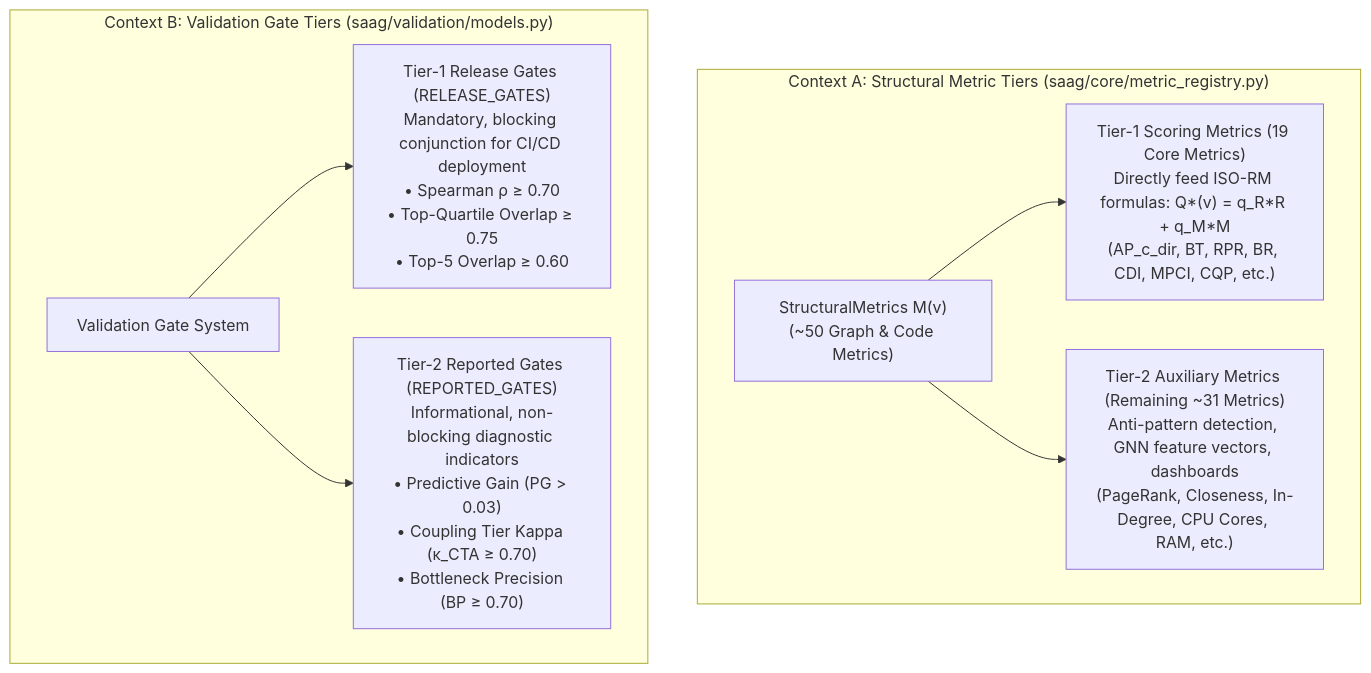
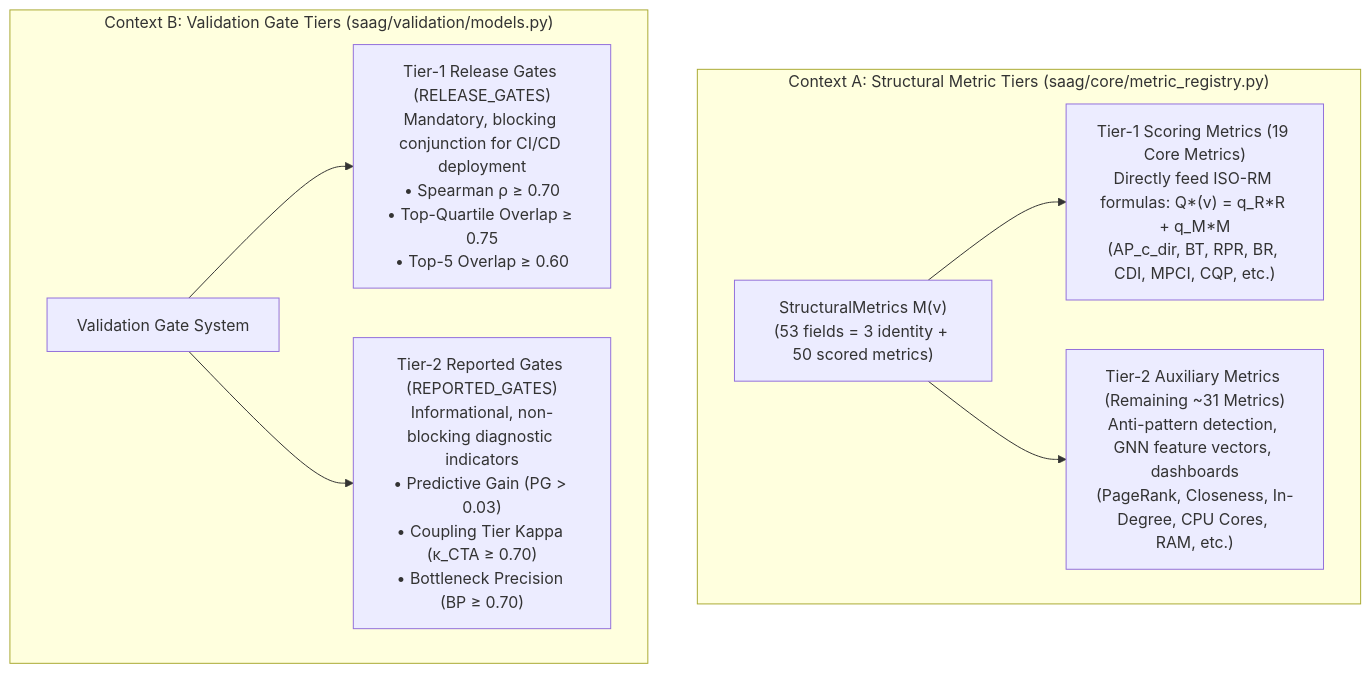
One commit to onuralpyigit/software-as-a-graph changed the first of 4 diagrams in docs/validation.md. Above: the diagram before and after it, drawn with Mermaid. The commit also changed other lines of this file and 5 other files, not shown here.

````diff
--- a/docs/validation.md
+++ b/docs/validation.md
@@ -81,14 +141,14 @@
 ```mermaid
 graph TD
     subgraph ContextA["Context A: Structural Metric Tiers (saag/core/metric_registry.py)"]
-        M_ALL["StructuralMetrics M(v)<br>(~50 Graph & Code Metrics)"]
+        M_ALL["StructuralMetrics M(v)<br>(53 fields = 3 identity + 50 scored metrics)"]
         M_ALL --> T1_M["Tier-1 Scoring Metrics (19 Core Metrics)<br>Directly feed ISO-RM formulas: Q*(v) = q_R*R + q_M*M<br>(AP_c_dir, BT, RPR, BR, CDI, MPCI, CQP, etc.)"]
         M_ALL --> T2_M["Tier-2 Auxiliary Metrics (Remaining ~31 Metrics)<br>Anti-pattern detection, GNN feature vectors, dashboards<br>(PageRank, Closeness, In-Degree, CPU Cores, RAM, etc.)"]
     end
 
     subgraph ContextB["Context B: Validation Gate Tiers (saag/validation/models.py)"]
         V_GATES["Validation Gate System"]
         V_GATES --> T1_G["Tier-1 Release Gates (RELEASE_GATES)<br>Mandatory, blocking conjunction for CI/CD deployment<br>• Spearman ρ ≥ 0.70<br>• Top-Quartile Overlap ≥ 0.75<br>• Top-5 Overlap ≥ 0.60"]
         V_GATES --> T2_G["Tier-2 Reported Gates (REPORTED_GATES)<br>Informational, non-blocking diagnostic indicators<br>• Predictive Gain (PG > 0.03)<br>• Coupling Tier Kappa (κ_CTA ≥ 0.70)<br>• Bottleneck Precision (BP ≥ 0.70)"]
     end
 ```
````
